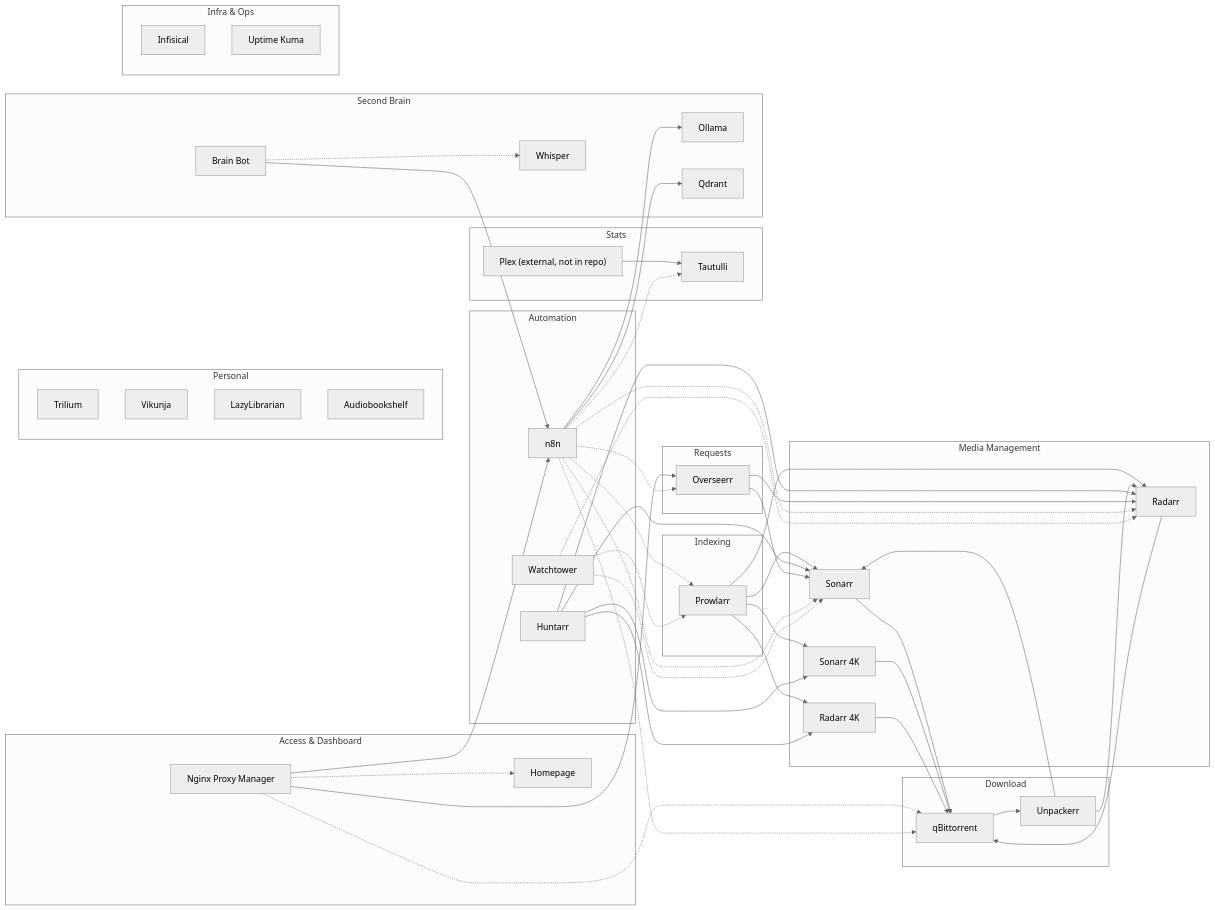
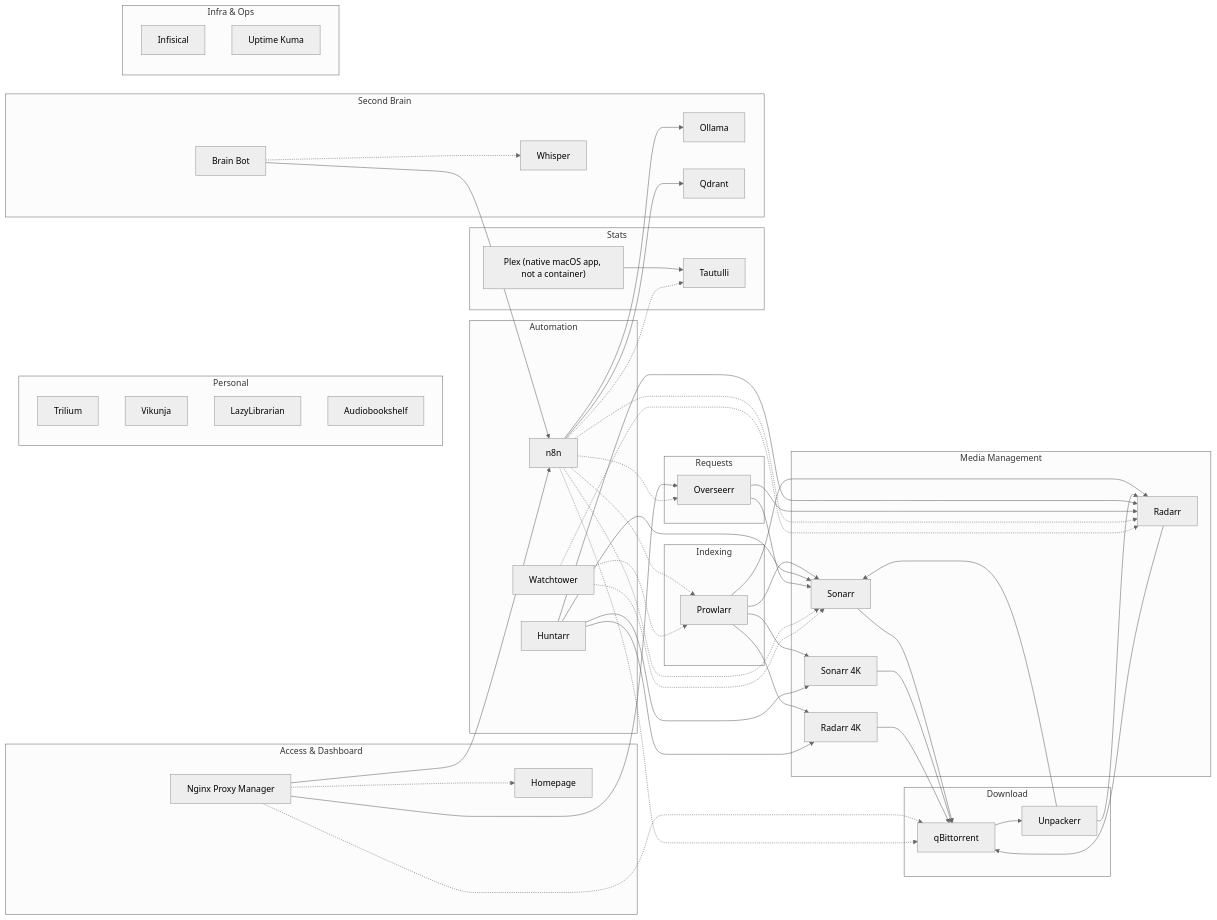
The diagram in docs/architecture/overview.md (kodyparton/docker_homelab), drawn with Mermaid (neutral theme) before and after one commit. The commit also changed other lines of this file and 3 other files, not shown here.

```diff
--- a/docs/architecture/overview.md
+++ b/docs/architecture/overview.md
@@ -24,7 +24,7 @@
     end
     subgraph Stats
         Tautulli
-        Plex["Plex (external, not in repo)"]
+        Plex["Plex (native macOS app, not a container)"]
     end
     subgraph Automation
         Huntarr
```
